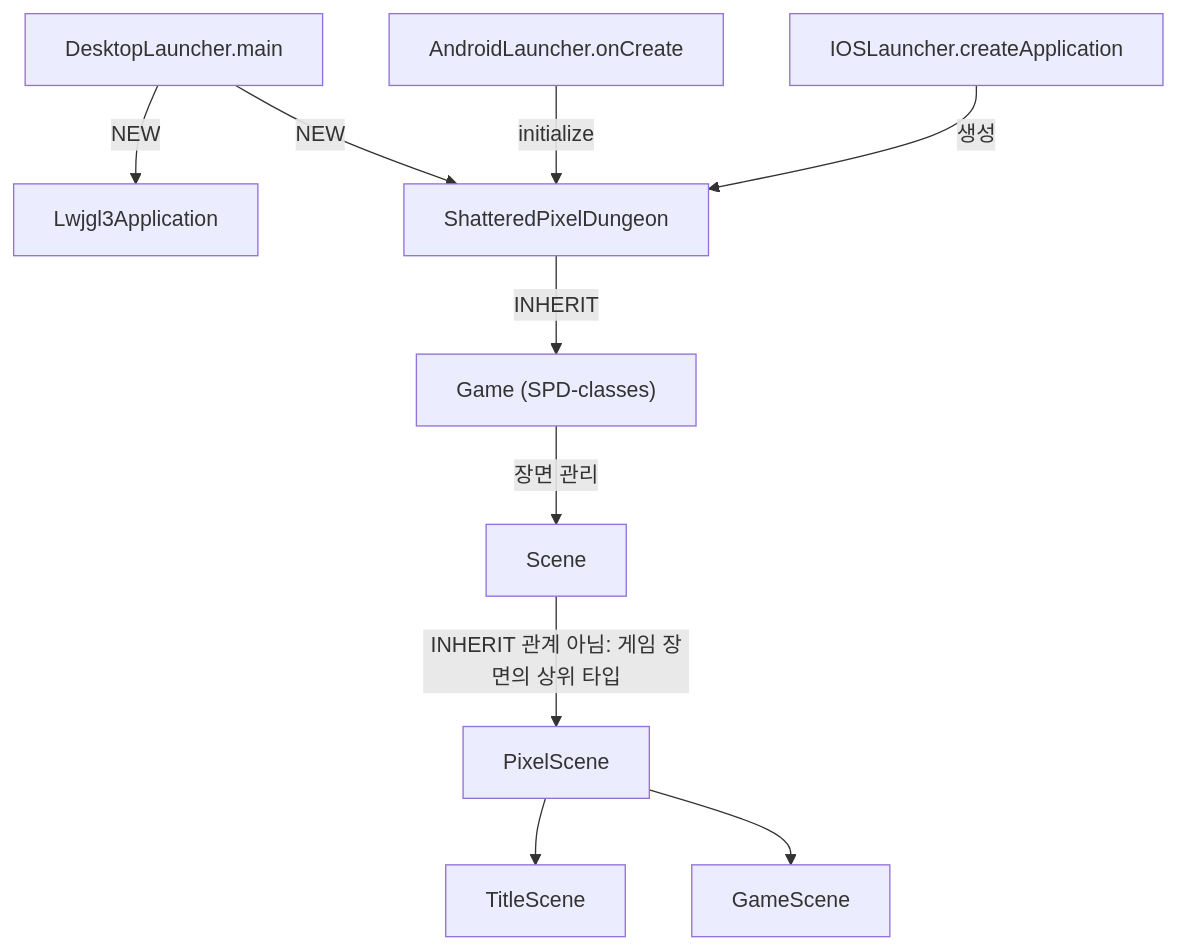
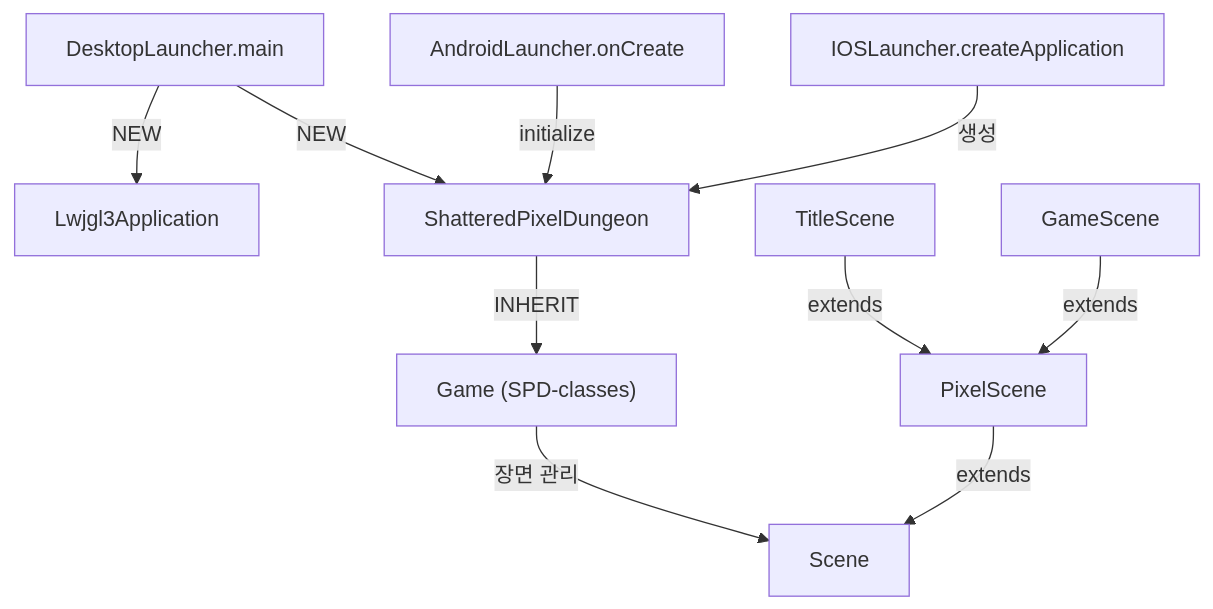
The first of 7 diagrams in CODE_ANALYSIS/DEEP_DIVE/RELATIONSHIPS/09_CALL_CHAINS.md (ikkinamu/lemon-pixel-dungeon), drawn with Mermaid before and after one commit. The commit also changed other lines of this file, not shown here.

Commit message:
docs: clarify inheritance arrows in execution diagram

````diff
--- a/CODE_ANALYSIS/DEEP_DIVE/RELATIONSHIPS/09_CALL_CHAINS.md
+++ b/CODE_ANALYSIS/DEEP_DIVE/RELATIONSHIPS/09_CALL_CHAINS.md
@@ -7,12 +7,12 @@
 ```mermaid
 flowchart TD
   Desktop["DesktopLauncher.main"] -->|NEW| Lwjgl["Lwjgl3Application"]
   Desktop -->|NEW| Shared["ShatteredPixelDungeon"]
   Android["AndroidLauncher.onCreate"] -->|initialize| Shared
   IOS["IOSLauncher.createApplication"] -->|생성| Shared
   Shared -->|INHERIT| Game["Game (SPD-classes)"]
   Game -->|장면 관리| Scene["Scene"]
-  Scene -->|INHERIT 관계 아님: 게임 장면의 상위 타입| PixelScene["PixelScene"]
-  PixelScene --> Title["TitleScene"]
-  PixelScene --> GameScene["GameScene"]
+  PixelScene["PixelScene"] -->|extends| Scene
+  Title["TitleScene"] -->|extends| PixelScene
+  GameScene["GameScene"] -->|extends| PixelScene
 ```
````
